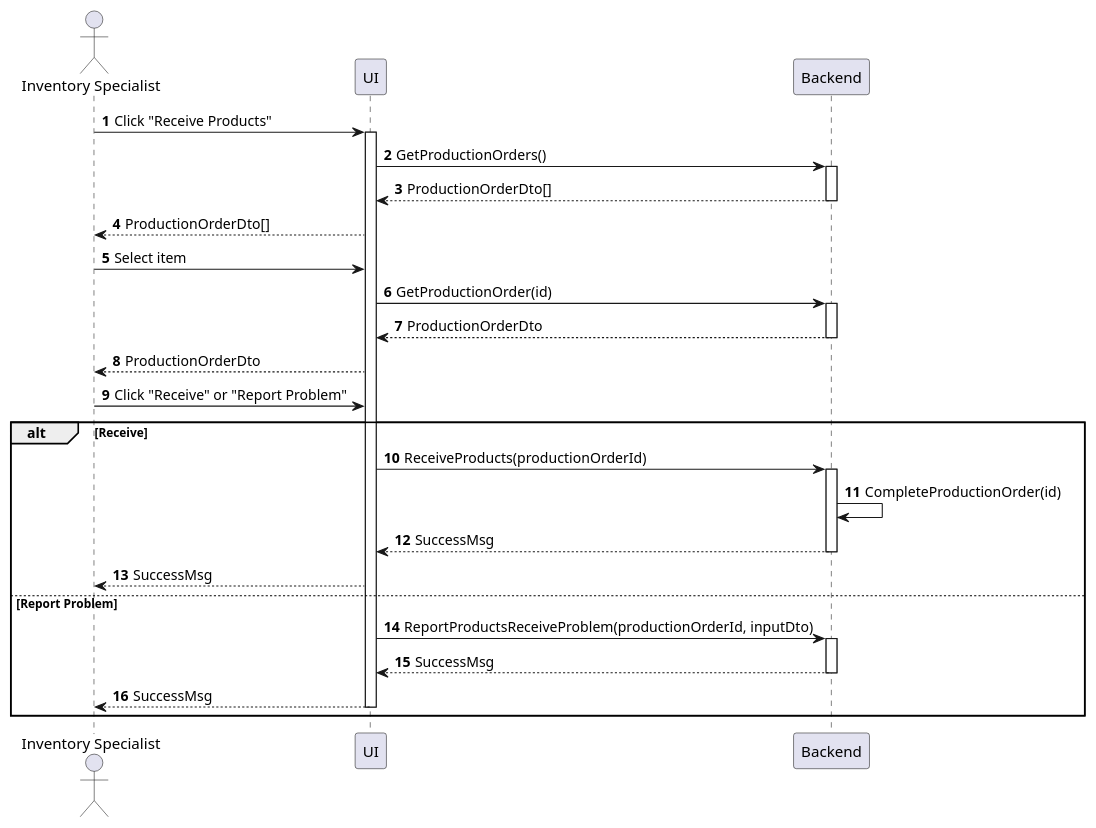
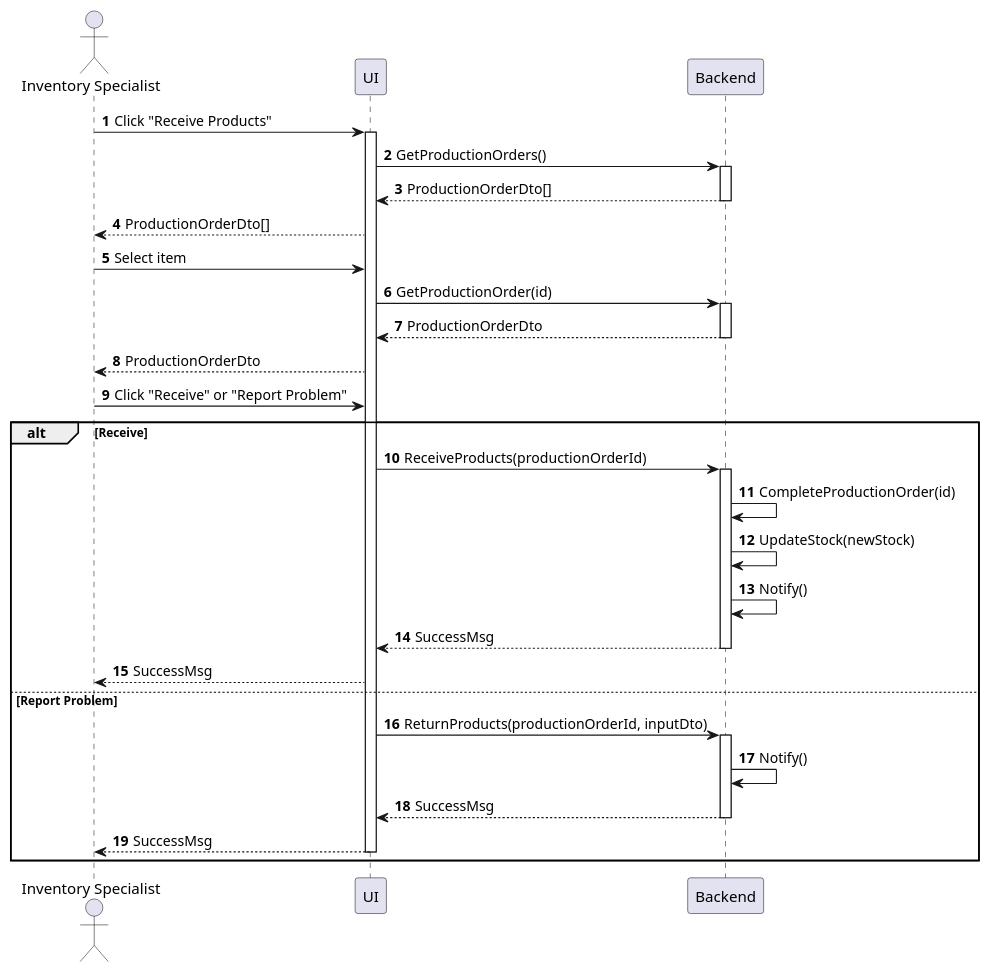
One commit to phihungha/scmss-reqs changed the diagram in sequences/inventory-product-receive.plantuml. Above: the diagram before and after it, drawn with PlantUML. The commit also changed 9 other files, not shown here.

```diff
--- a/sequences/inventory-product-receive.plantuml
+++ b/sequences/inventory-product-receive.plantuml
@@ -1,34 +1,37 @@
 @startuml inventory-product-receive
 autonumber
 
 actor "Inventory Specialist" as a
 participant UI as f
 participant Backend as b
 
 a -> f : Click "Receive Products"
 activate f
 f -> b : GetProductionOrders()
 activate b
 return ProductionOrderDto[]
 f --> a : ProductionOrderDto[]
 a -> f : Select item
 f -> b : GetProductionOrder(id)
 activate b
 return ProductionOrderDto
 f --> a : ProductionOrderDto
 a -> f : Click "Receive" or "Report Problem"
 
 alt Receive
     f -> b : ReceiveProducts(productionOrderId)
     activate b
     b -> b : CompleteProductionOrder(id)
+    b -> b : UpdateStock(newStock)
+    b -> b : Notify()
     return SuccessMsg
     f --> a : SuccessMsg
 else Report Problem
-    f -> b : ReportProductsReceiveProblem(productionOrderId, inputDto)
+    f -> b : ReturnProducts(productionOrderId, inputDto)
     activate b
+    b -> b : Notify()
     return SuccessMsg
     f --> a : SuccessMsg
     deactivate f
 end
 @enduml
```
